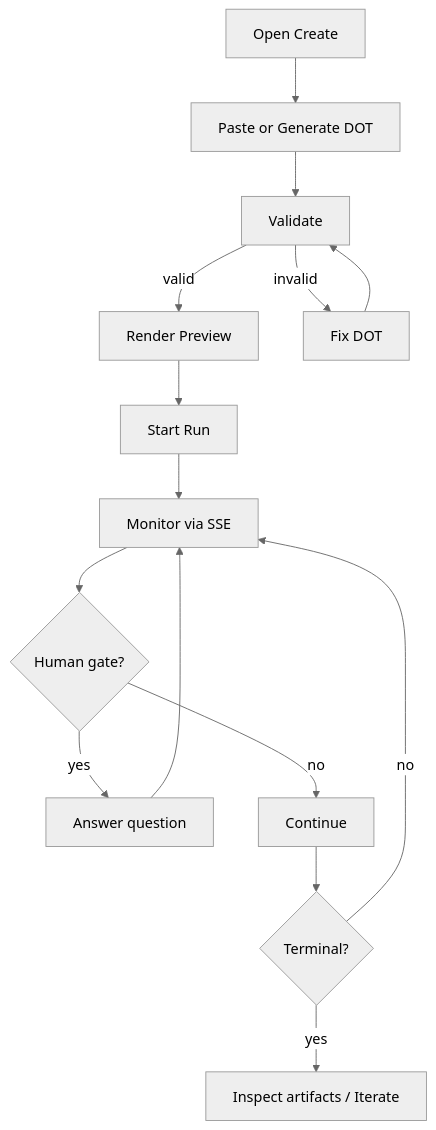
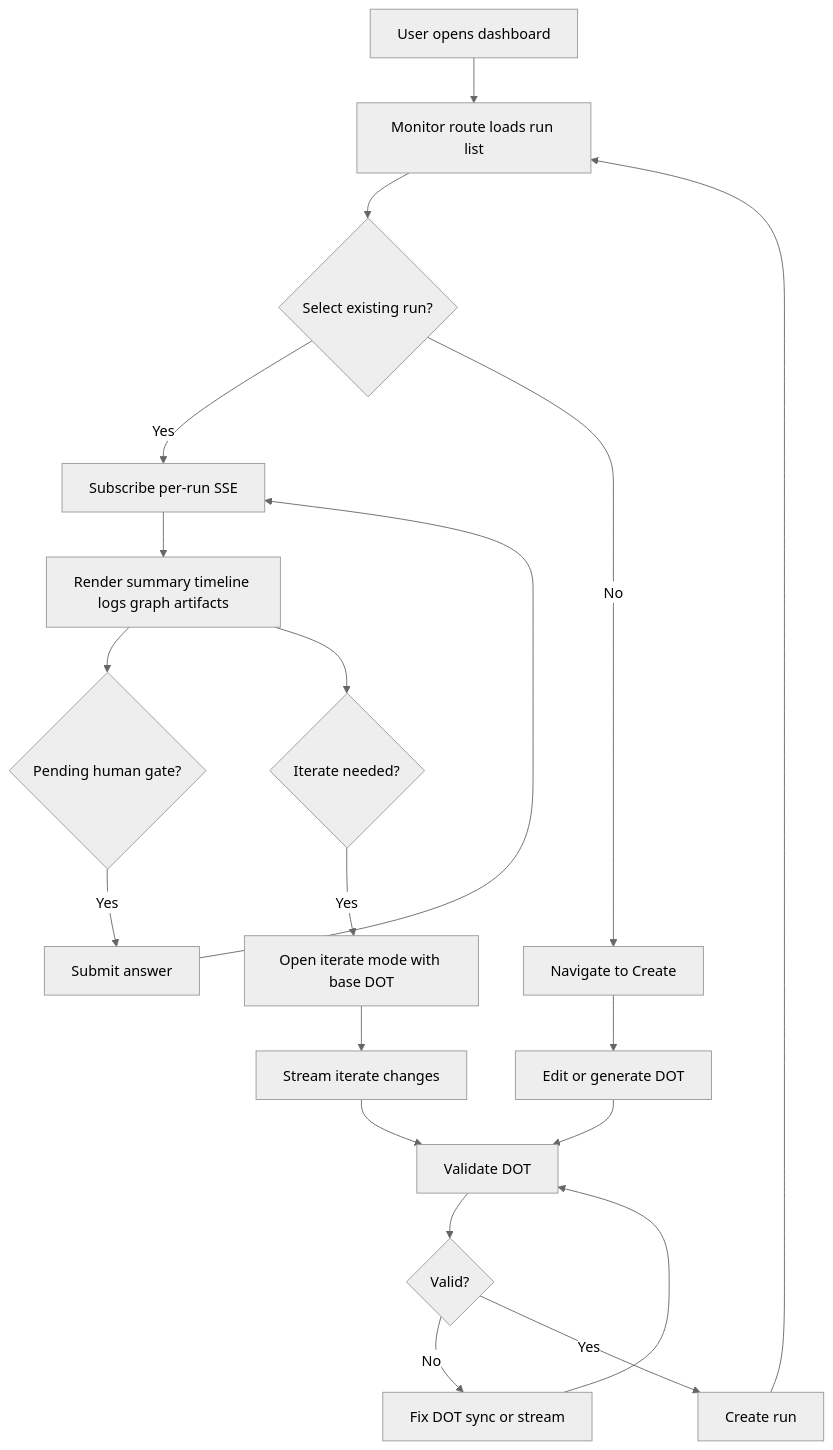
The third of 5 diagrams in docs/sprints/SPRINT-002-attractor-php-web-dashboard.md (jaytaylor/attractor-php), drawn with Mermaid (neutral theme) before and after one commit. The commit also changed other lines of this file, not shown here.

Commit message:
docs: sync sprint 002 implementation status and evidence

````diff
--- a/docs/sprints/SPRINT-002-attractor-php-web-dashboard.md
+++ b/docs/sprints/SPRINT-002-attractor-php-web-dashboard.md
@@ -1406,18 +1866,22 @@
 ```mermaid
-%% Source: .scratch/mermaid/SPRINT-002/workflow.mmd
 flowchart TD
-  A[Open Create] --> B[Paste or Generate DOT]
-  B --> C[Validate]
-  C -->|valid| D[Render Preview]
-  D --> E[Start Run]
-  C -->|invalid| F[Fix DOT]
-  F --> C
-  E --> G[Monitor via SSE]
-  G --> H{Human gate?}
-  H -->|yes| I[Answer question]
-  I --> G
-  H -->|no| J[Continue]
-  J --> K{Terminal?}
-  K -->|no| G
-  K -->|yes| L[Inspect artifacts / Iterate]
+    A[User opens dashboard] --> B[Monitor route loads run list]
+    B --> C{Select existing run?}
+    C -->|Yes| D[Subscribe per-run SSE]
+    D --> E[Render summary timeline logs graph artifacts]
+    E --> F{Pending human gate?}
+    F -->|Yes| G[Submit answer]
+    G --> D
+    C -->|No| H[Navigate to Create]
+    H --> I[Edit or generate DOT]
+    I --> J[Validate DOT]
+    J --> K{Valid?}
+    K -->|No| L[Fix DOT sync or stream]
+    L --> J
+    K -->|Yes| M[Create run]
+    M --> B
+    E --> N{Iterate needed?}
+    N -->|Yes| O[Open iterate mode with base DOT]
+    O --> P[Stream iterate changes]
+    P --> J
 ```
````
